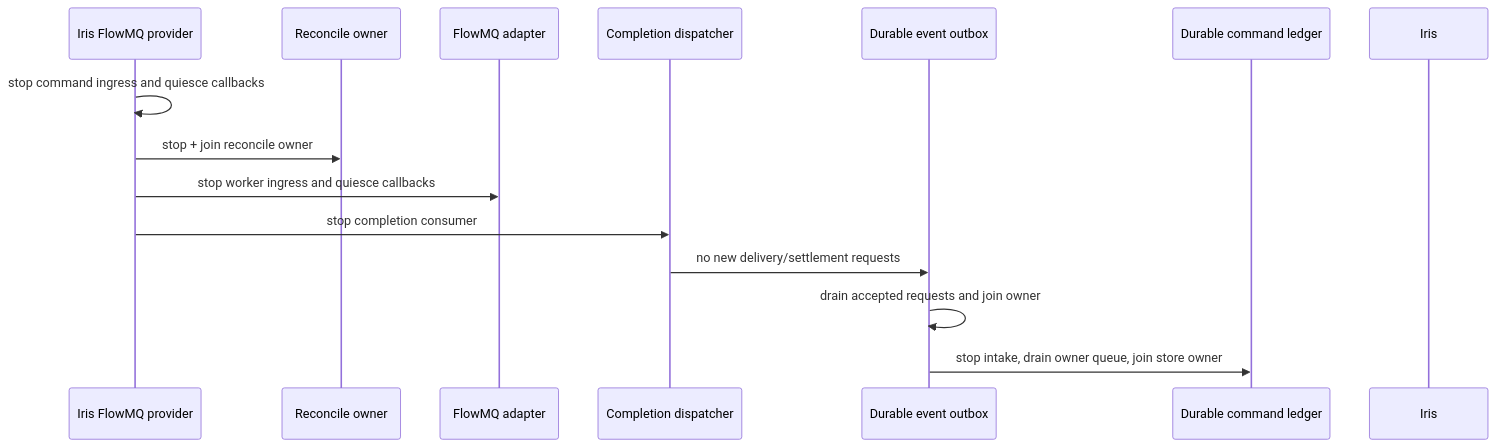
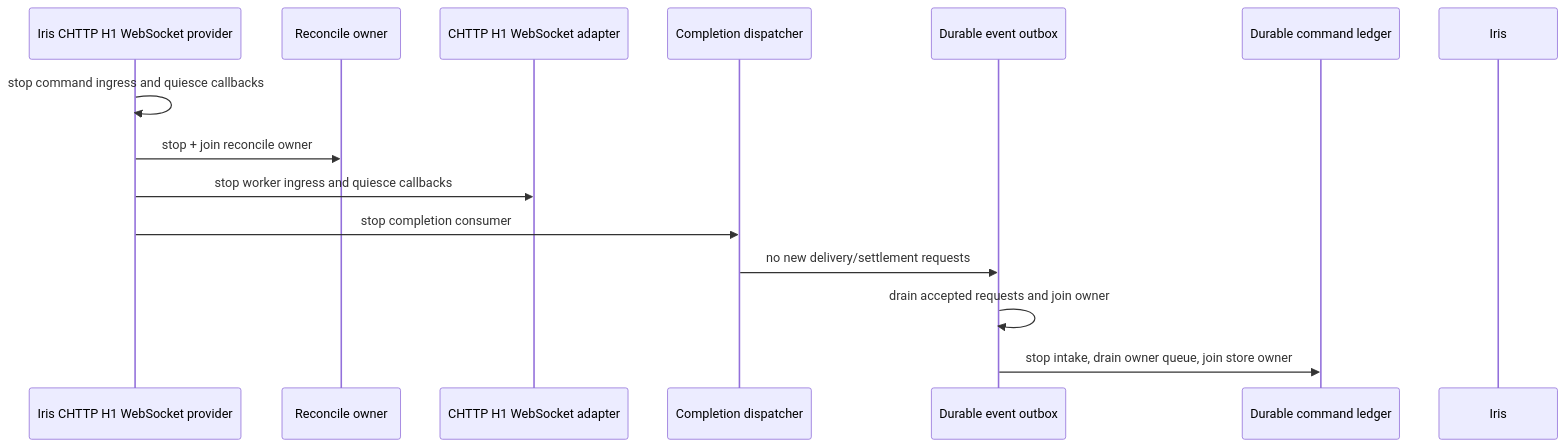
The ninth of 9 diagrams in webrtc/docs/ivr-production-readiness-design-zh.md (qigao/turbomedia), drawn with Mermaid before and after one commit. The commit also changed other lines of this file and 162 other files, not shown here.

````diff
--- a/webrtc/docs/ivr-production-readiness-design-zh.md
+++ b/webrtc/docs/ivr-production-readiness-design-zh.md
@@ -541,18 +548,18 @@
 ```mermaid
 sequenceDiagram
-  participant P as Iris FlowMQ provider
+  participant P as Iris CHTTP H1 WebSocket provider
   participant R as Reconcile owner
-  participant F as FlowMQ adapter
+  participant F as CHTTP H1 WebSocket adapter
   participant D as Completion dispatcher
   participant O as Durable event outbox
   participant L as Durable command ledger
   participant I as Iris
 
   P->>P: stop command ingress and quiesce callbacks
   P->>R: stop + join reconcile owner
   P->>F: stop worker ingress and quiesce callbacks
   P->>D: stop completion consumer
   D->>O: no new delivery/settlement requests
   O->>O: drain accepted requests and join owner
   O->>L: stop intake, drain owner queue, join store owner
 ```
````
